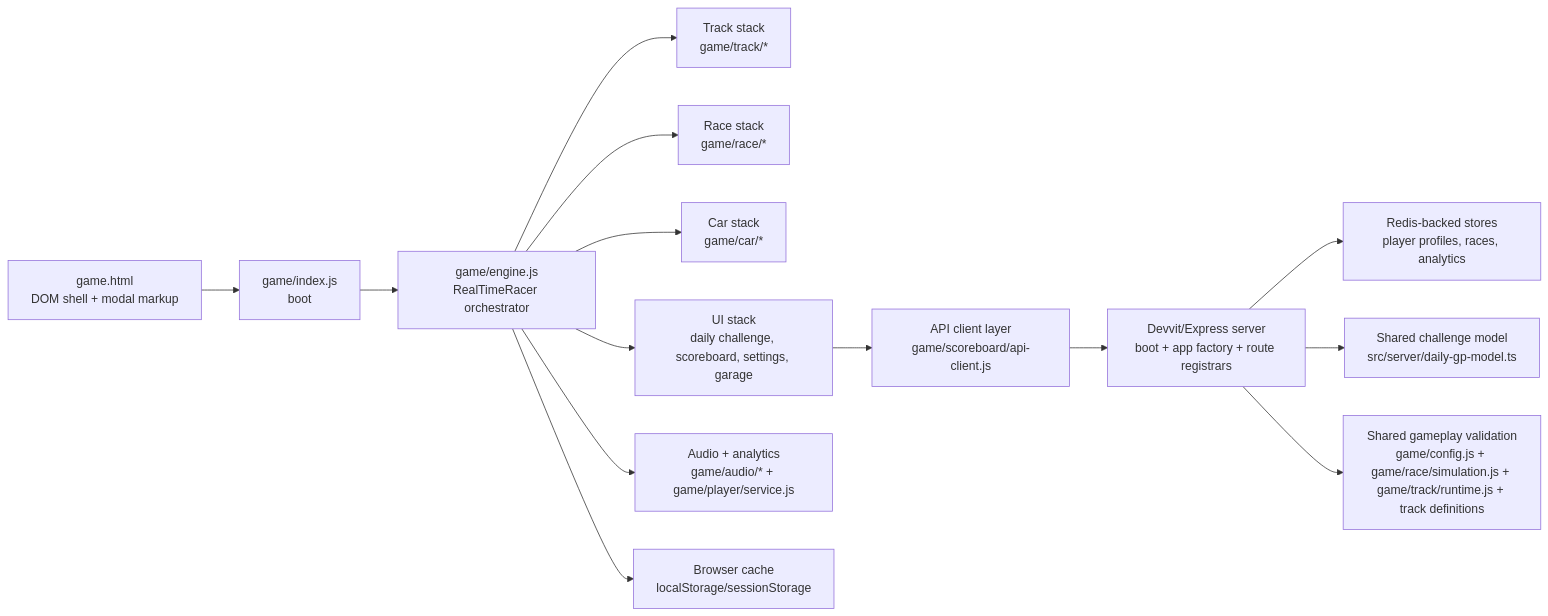
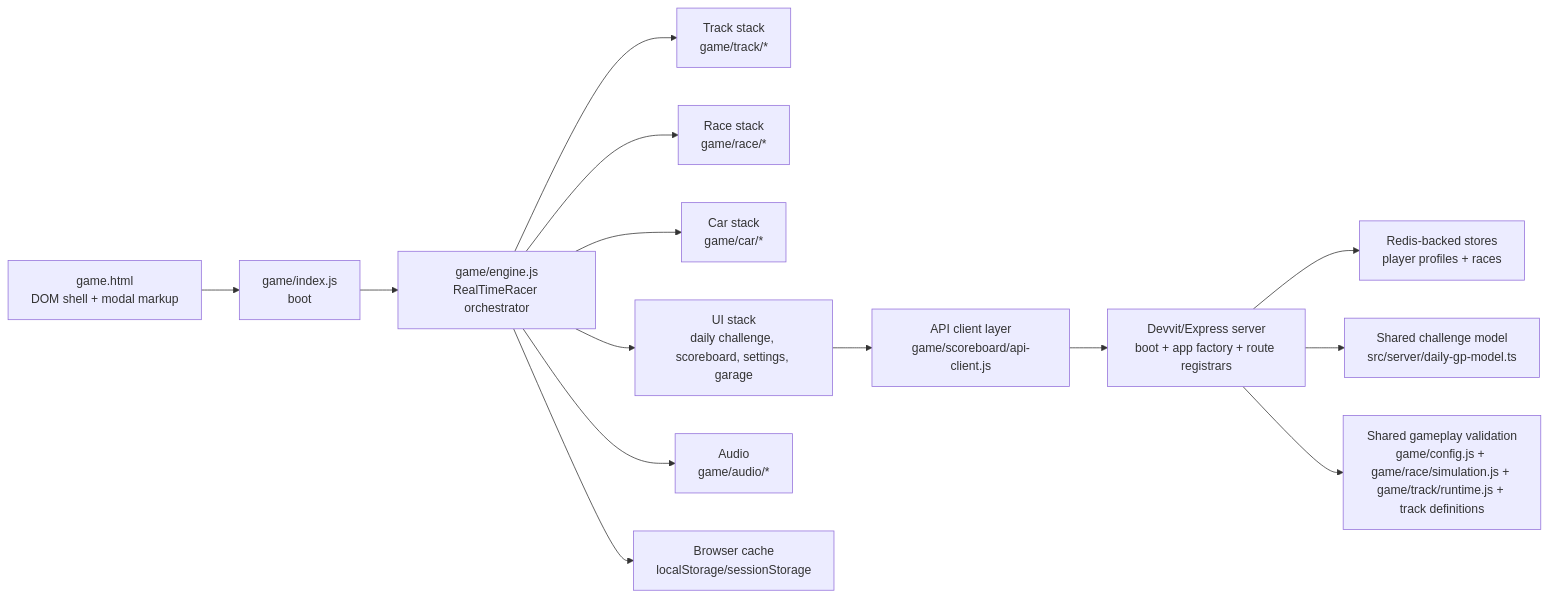
Before and after one commit to shimrut/mini-racer: the diagram in docs/system-change-map.md, drawn with Mermaid. The commit also changed other lines of this file and 41 other files, not shown here.

````diff
--- a/docs/system-change-map.md
+++ b/docs/system-change-map.md
@@ -20,19 +20,19 @@
 ```mermaid
 flowchart LR
     A["game.html<br/>DOM shell + modal markup"] --> B["game/index.js<br/>boot"]
     B --> C["game/engine.js<br/>RealTimeRacer orchestrator"]
 
     C --> D["Track stack<br/>game/track/*"]
     C --> E["Race stack<br/>game/race/*"]
     C --> F["Car stack<br/>game/car/*"]
     C --> G["UI stack<br/>daily challenge, scoreboard, settings, garage"]
-    C --> H["Audio + analytics<br/>game/audio/* + game/player/service.js"]
+    C --> H["Audio<br/>game/audio/*"]
     C --> I["Browser cache<br/>localStorage/sessionStorage"]
 
     G --> J["API client layer<br/>game/scoreboard/api-client.js"]
     J --> K["Devvit/Express server<br/>boot + app factory + route registrars"]
-    K --> L["Redis-backed stores<br/>player profiles, races, analytics"]
+    K --> L["Redis-backed stores<br/>player profiles + races"]
 
     K --> M["Shared challenge model<br/>src/server/daily-gp-model.ts"]
     K --> N["Shared gameplay validation<br/>game/config.js + game/race/simulation.js + game/track/runtime.js + track definitions"]
 ```
````
